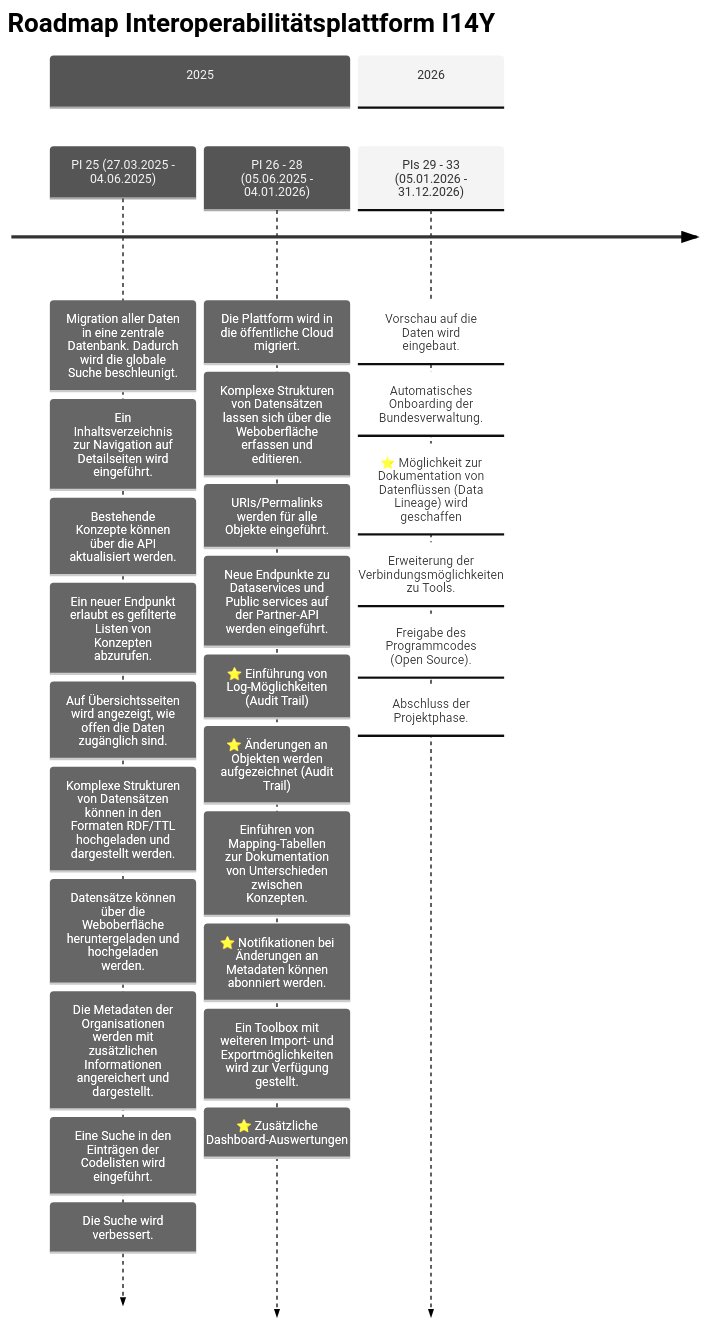
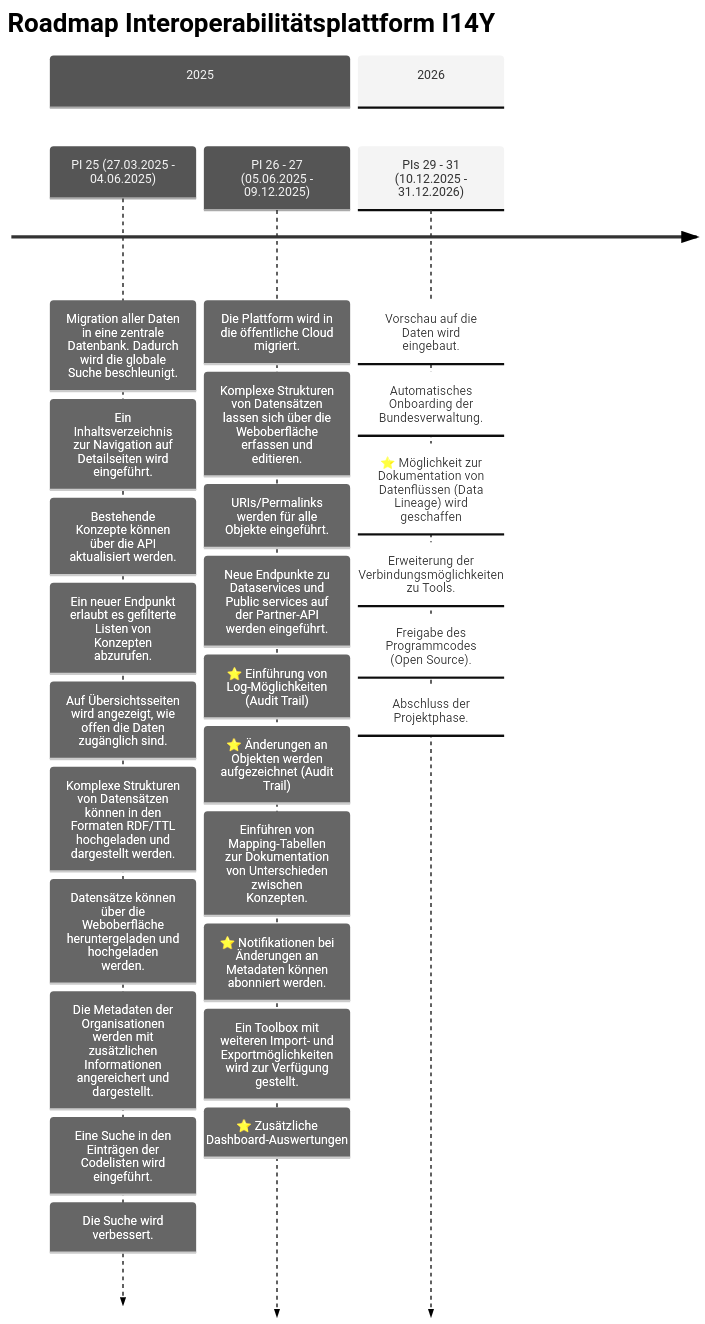
One commit to I14Y-ch/handbook changed the diagram in content/de/plattform/roadmap.md. Above: the diagram before and after it, drawn with Mermaid (neutral theme).

```diff
--- a/content/de/plattform/roadmap.md
+++ b/content/de/plattform/roadmap.md
@@ -21,38 +21,38 @@
 {{< mermaid width="650px" >}}
 timeline
     title Roadmap Interoperabilitätsplattform I14Y
     
     section 2025
         PI 25 (27.03.2025 - 04.06.2025)
         : Migration aller Daten in eine zentrale Datenbank. Dadurch wird die globale Suche beschleunigt.
         : Ein Inhaltsverzeichnis zur Navigation auf Detailseiten wird eingeführt.
         : Bestehende Konzepte können über die API aktualisiert werden.
         : Ein neuer Endpunkt erlaubt es gefilterte Listen von Konzepten abzurufen.
         : Auf Übersichtsseiten wird angezeigt, wie offen die Daten zugänglich sind. 
         : Komplexe Strukturen von Datensätzen können in den Formaten RDF/TTL hochgeladen und dargestellt werden. 
         : Datensätze können über die Weboberfläche heruntergeladen und hochgeladen werden.
         : Die Metadaten der Organisationen werden mit zusätzlichen Informationen angereichert und dargestellt.
         : Eine Suche in den Einträgen der Codelisten wird eingeführt.
         : Die Suche wird verbessert.
         
-        PI 26 - 28 (05.06.2025 - 04.01.2026)
+        PI 26 - 27 (05.06.2025 - 09.12.2025)
         : Die Plattform wird in die öffentliche Cloud migriert.
         : Komplexe Strukturen von Datensätzen lassen sich über die Weboberfläche erfassen und editieren.
         : URIs/Permalinks werden für alle Objekte eingeführt.
         : Neue Endpunkte zu Dataservices und Public services auf der Partner-API werden eingeführt.
         : ⭐ Einführung von Log-Möglichkeiten (Audit Trail)
         : ⭐ Änderungen an Objekten werden aufgezeichnet (Audit Trail)
         : Einführen von Mapping-Tabellen zur Dokumentation von Unterschieden zwischen Konzepten.
         : ⭐ Notifikationen bei Änderungen an Metadaten können abonniert werden.
         : Ein Toolbox mit weiteren Import- und Exportmöglichkeiten wird zur Verfügung gestellt.
         : ⭐ Zusätzliche Dashboard-Auswertungen
   
     section 2026
-        PIs 29 - 33 (05.01.2026 - 31.12.2026)
+        PIs 29 - 31 (10.12.2025 - 31.12.2026)
         : Vorschau auf die Daten wird eingebaut.
         : Automatisches Onboarding der Bundesverwaltung.
         : ⭐ Möglichkeit zur Dokumentation von Datenflüssen (Data Lineage) wird geschaffen
         : Erweiterung der Verbindungsmöglichkeiten zu Tools.
         : Freigabe des Programmcodes (Open Source).
         : Abschluss der Projektphase.
 {{< /mermaid >}}
```
